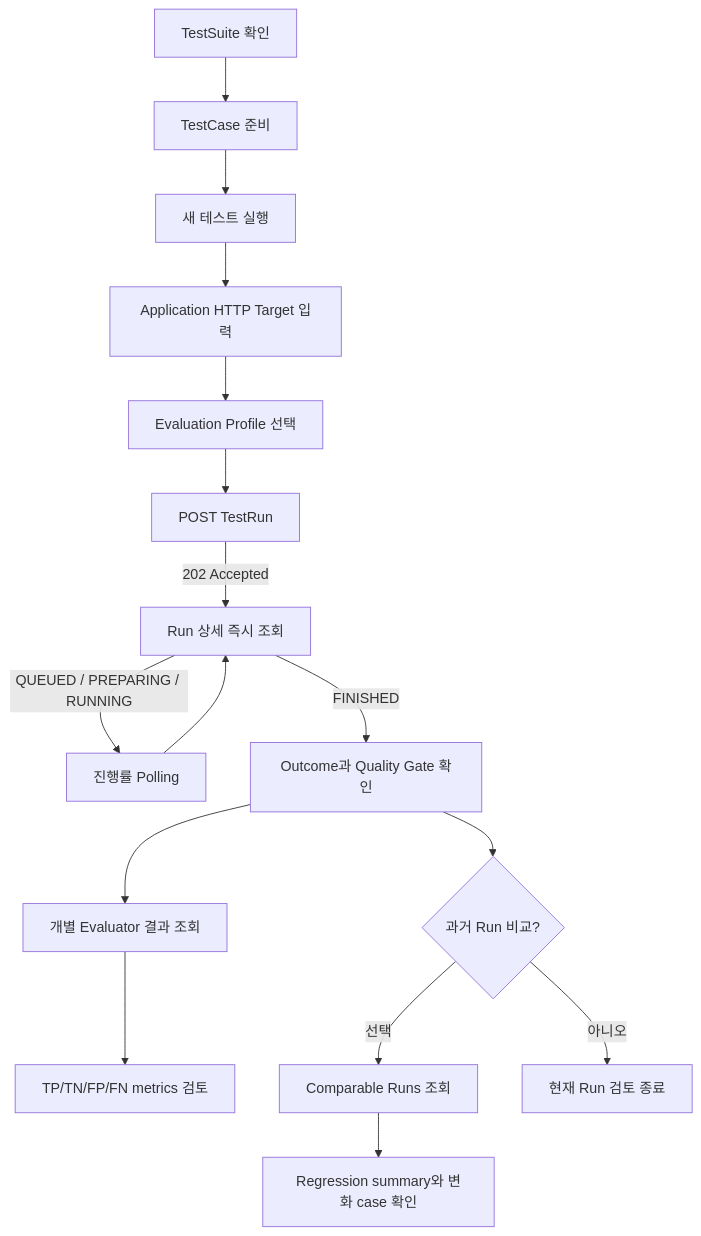
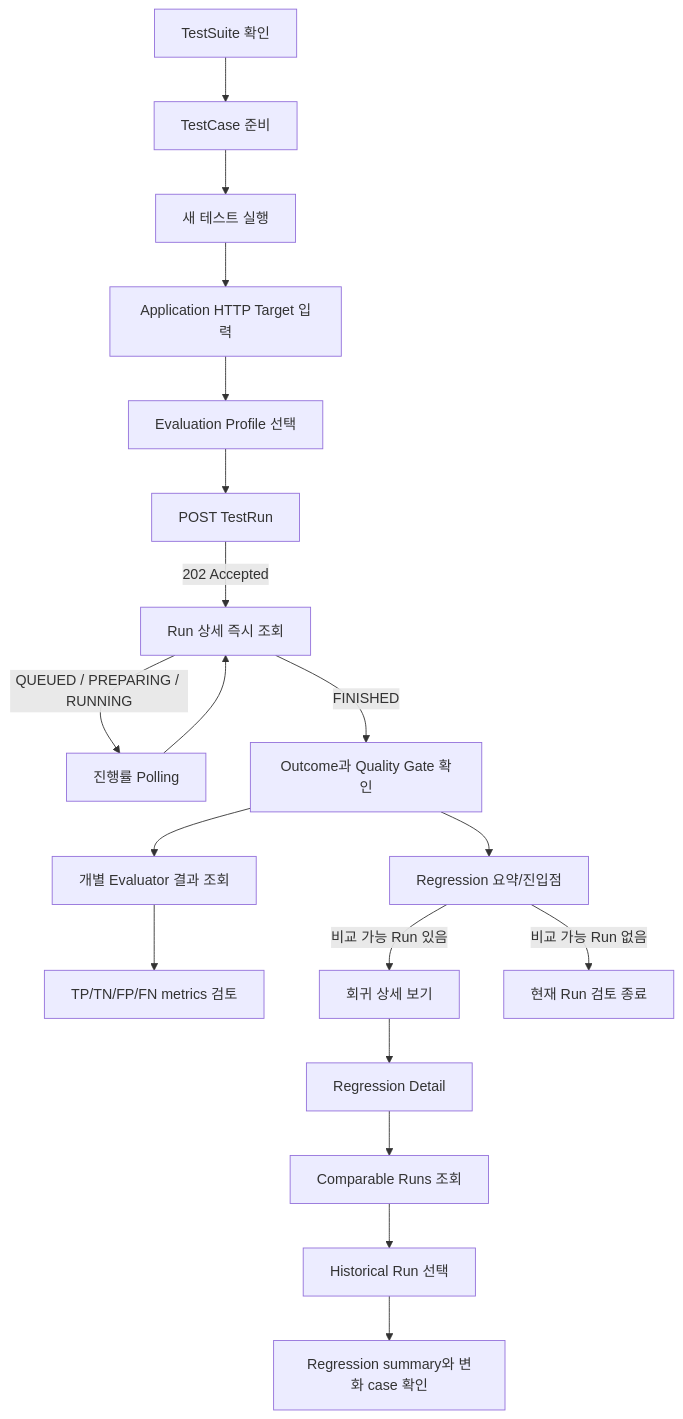
One commit to GuardBench/guardbench-frontend changed the first of 6 diagrams in docs/product/user-flows.md. Above: the diagram before and after it, drawn with Mermaid. The commit also changed other lines of this file, not shown here.

Commit message:
docs: regression drill-down 사용자 흐름 반영

````diff
--- a/docs/product/user-flows.md
+++ b/docs/product/user-flows.md
@@ -26,18 +26,21 @@
 ```mermaid
 flowchart TD
     A[TestSuite 확인] --> B[TestCase 준비]
     B --> C[새 테스트 실행]
     C --> D[Application HTTP Target 입력]
     D --> E[Evaluation Profile 선택]
     E --> F[POST TestRun]
     F -->|202 Accepted| G[Run 상세 즉시 조회]
     G -->|QUEUED / PREPARING / RUNNING| H[진행률 Polling]
     H --> G
     G -->|FINISHED| I[Outcome과 Quality Gate 확인]
     I --> J[개별 Evaluator 결과 조회]
     J --> K[TP/TN/FP/FN metrics 검토]
-    I --> L{과거 Run 비교?}
-    L -->|선택| M[Comparable Runs 조회]
-    M --> N[Regression summary와 변화 case 확인]
-    L -->|아니오| O[현재 Run 검토 종료]
+    I --> L[Regression 요약/진입점]
+    L -->|비교 가능 Run 있음| M[회귀 상세 보기]
+    M --> N[Regression Detail]
+    N --> O[Comparable Runs 조회]
+    O --> P[Historical Run 선택]
+    P --> Q[Regression summary와 변화 case 확인]
+    L -->|비교 가능 Run 없음| R[현재 Run 검토 종료]
 ```
````
